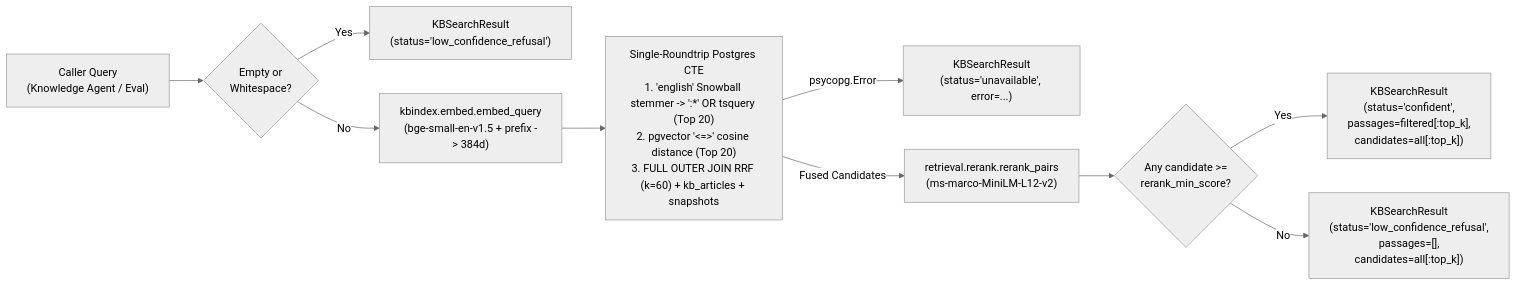
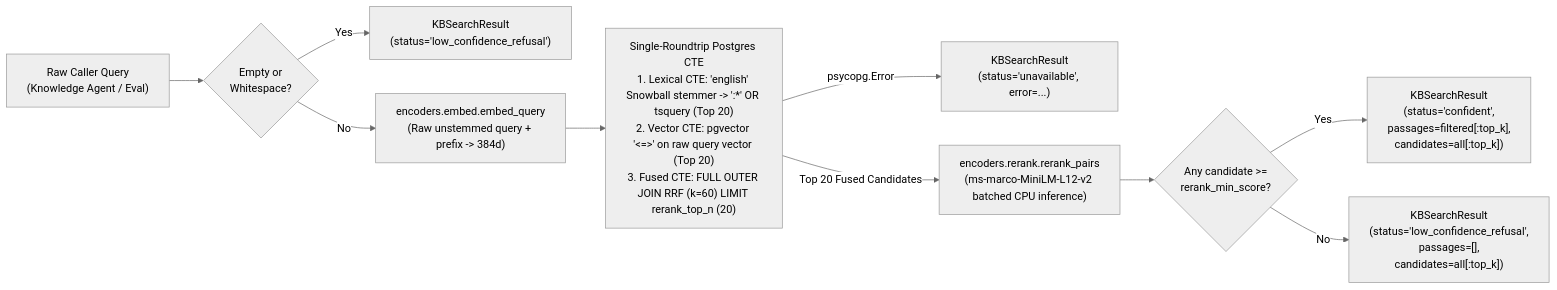
One commit to yaara-manor/cato-networks changed the diagram in docs/plans/14-kb_retrieval_and_lookup_policy/design.md. Above: the diagram before and after it, drawn with Mermaid (neutral theme). The commit also changed other lines of this file, not shown here.

````diff
--- a/docs/plans/14-kb_retrieval_and_lookup_policy/design.md
+++ b/docs/plans/14-kb_retrieval_and_lookup_policy/design.md
@@ -43,12 +44,12 @@
 ```mermaid
 flowchart LR
-    Query["Caller Query\n(Knowledge Agent / Eval)"] --> Guard{"Empty or\nWhitespace?"}
+    Query["Raw Caller Query\n(Knowledge Agent / Eval)"] --> Guard{"Empty or\nWhitespace?"}
     Guard -- Yes --> Refusal["KBSearchResult\n(status='low_confidence_refusal')"]
-    Guard -- No --> Embed["kbindex.embed.embed_query\n(bge-small-en-v1.5 + prefix -> 384d)"]
-    Embed --> HybridSQL["Single-Roundtrip Postgres CTE\n1. 'english' Snowball stemmer -> ':*' OR tsquery (Top 20)\n2. pgvector '<=>' cosine distance (Top 20)\n3. FULL OUTER JOIN RRF (k=60) + kb_articles + snapshots"]
+    Guard -- No --> Embed["encoders.embed.embed_query\n(Raw unstemmed query + prefix -> 384d)"]
+    Embed --> HybridSQL["Single-Roundtrip Postgres CTE\n1. Lexical CTE: 'english' Snowball stemmer -> ':*' OR tsquery (Top 20)\n2. Vector CTE: pgvector '<=>' on raw query vector (Top 20)\n3. Fused CTE: FULL OUTER JOIN RRF (k=60) LIMIT rerank_top_n (20)"]
     HybridSQL -- "psycopg.Error" --> Unavail["KBSearchResult\n(status='unavailable', error=...)"]
-    HybridSQL -- "Fused Candidates" --> Rerank["retrieval.rerank.rerank_pairs\n(ms-marco-MiniLM-L12-v2)"]
+    HybridSQL -- "Top 20 Fused Candidates" --> Rerank["encoders.rerank.rerank_pairs\n(ms-marco-MiniLM-L12-v2 batched CPU inference)"]
     Rerank --> Gate{"Any candidate >=\nrerank_min_score?"}
     Gate -- Yes --> Confident["KBSearchResult\n(status='confident',\npassages=filtered[:top_k],\ncandidates=all[:top_k])"]
     Gate -- No --> LowConf["KBSearchResult\n(status='low_confidence_refusal',\npassages=[],\ncandidates=all[:top_k])"]
 ```
````
